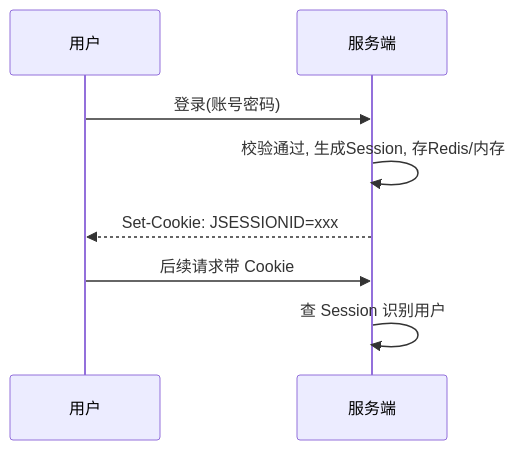
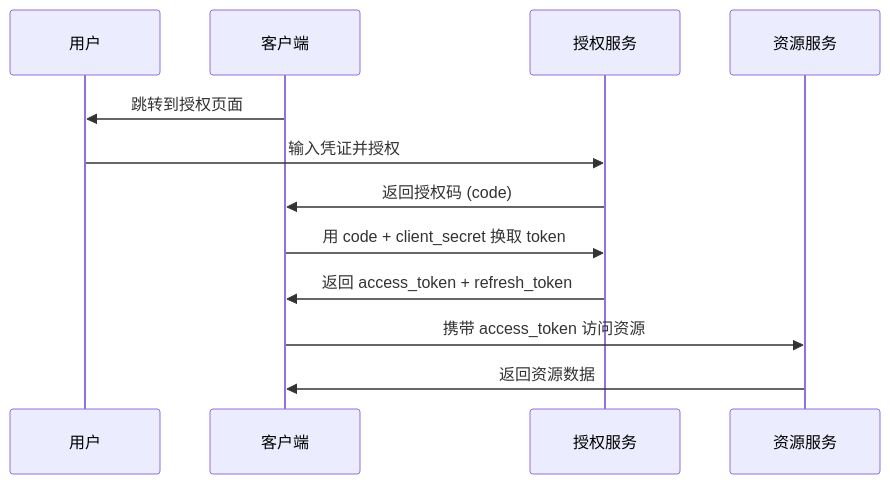
The second of 8 diagrams in 基础知识/中间件/认证授权JWT-OAuth2.md (tghrxxxyyy/knowledge-base), drawn with Mermaid before and after one commit. The commit also changed other lines of this file and 9 other files, not shown here.

````diff
--- a/基础知识/中间件/认证授权JWT-OAuth2.md
+++ b/基础知识/中间件/认证授权JWT-OAuth2.md
@@ -35,10 +117,15 @@
 ```mermaid
 sequenceDiagram
     participant U as 用户
-    participant S as 服务端
-    U->>S: 登录(账号密码)
-    S->>S: 校验通过, 生成Session, 存Redis/内存
-    S-->>U: Set-Cookie: JSESSIONID=xxx
-    U->>S: 后续请求带 Cookie
-    S->>S: 查 Session 识别用户
+    participant C as 客户端
+    participant AS as 授权服务
+    participant RS as 资源服务
+
+    C->>U: 跳转到授权页面
+    U->>AS: 输入凭证并授权
+    AS->>C: 返回授权码 (code)
+    C->>AS: 用 code + client_secret 换取 token
+    AS->>C: 返回 access_token + refresh_token
+    C->>RS: 携带 access_token 访问资源
+    RS->>C: 返回资源数据
 ```
````
